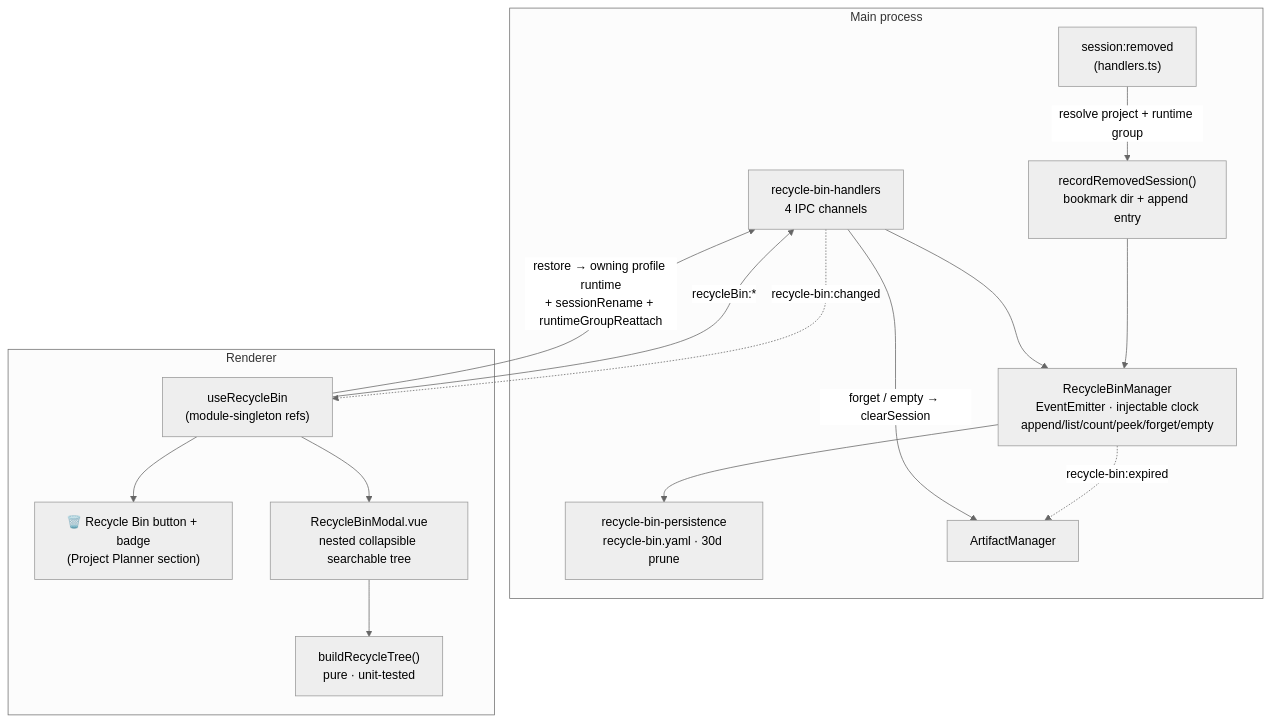
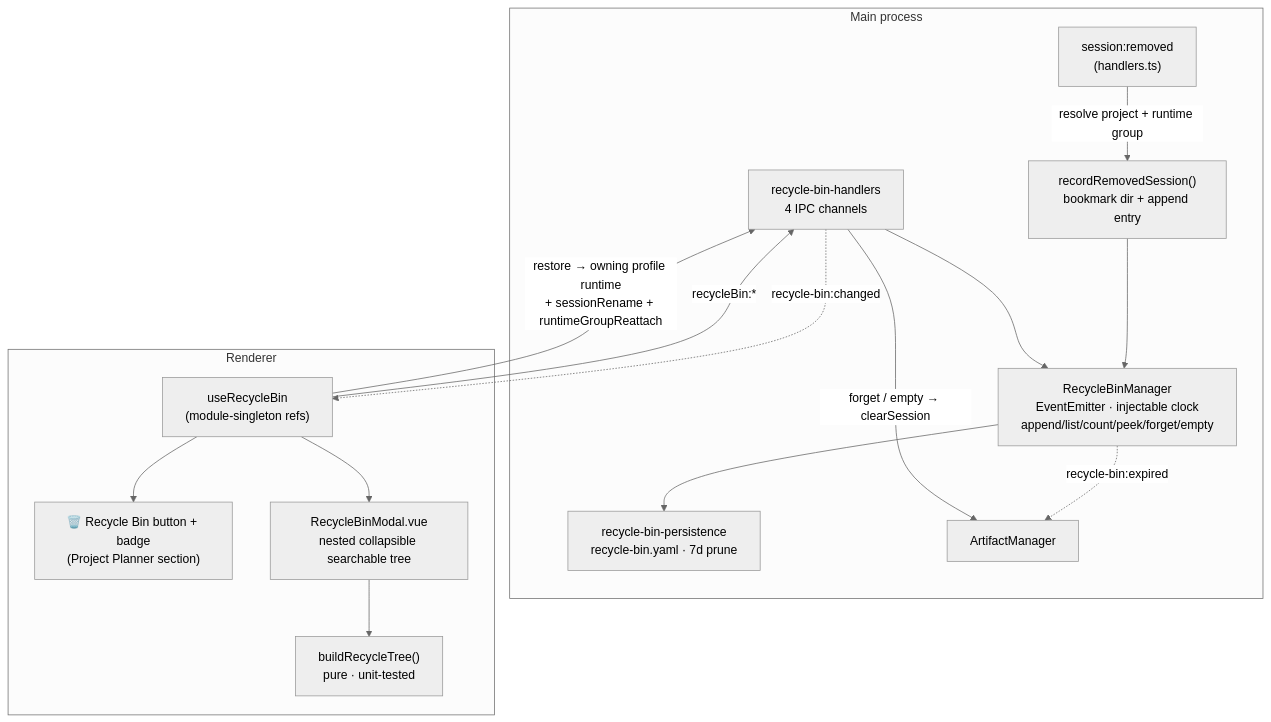
One commit to PetePeter/helm changed the diagram in docs/recycle-bin.md. Above: the diagram before and after it, drawn with Mermaid (neutral theme). The commit also changed other lines of this file and 9 other files, not shown here.

Commit message:
feat(recycle-bin): 7-day rolling window instead of 30

````diff
--- a/docs/recycle-bin.md
+++ b/docs/recycle-bin.md
@@ -25,26 +25,26 @@
 ```mermaid
 graph TB
     subgraph Main["Main process"]
         SR["session:removed<br/>(handlers.ts)"]
         RRS["recordRemovedSession()<br/>bookmark dir + append entry"]
         RBM["RecycleBinManager<br/>EventEmitter · injectable clock<br/>append/list/count/peek/forget/empty"]
-        RBP["recycle-bin-persistence<br/>recycle-bin.yaml · 30d prune"]
+        RBP["recycle-bin-persistence<br/>recycle-bin.yaml · 7d prune"]
         RBH["recycle-bin-handlers<br/>4 IPC channels"]
         AM["ArtifactManager"]
         SR -->|"resolve project + runtime group"| RRS --> RBM --> RBP
         RBH --> RBM
         RBM -. "recycle-bin:expired" .-> AM
         RBH -->|"forget / empty → clearSession"| AM
     end
     subgraph Renderer
         URB["useRecycleBin<br/>(module-singleton refs)"]
         BADGE["🗑️ Recycle Bin button + badge<br/>(Project Planner section)"]
         MODAL["RecycleBinModal.vue<br/>nested collapsible searchable tree"]
         TREE["buildRecycleTree()<br/>pure · unit-tested"]
         URB --> BADGE & MODAL
         MODAL --> TREE
     end
     RBH -. "recycle-bin:changed" .-> URB
     URB -->|"recycleBin:*"| RBH
     URB -->|"restore → owning profile runtime<br/>+ sessionRename + runtimeGroupReattach"| RBH
 ```
````
